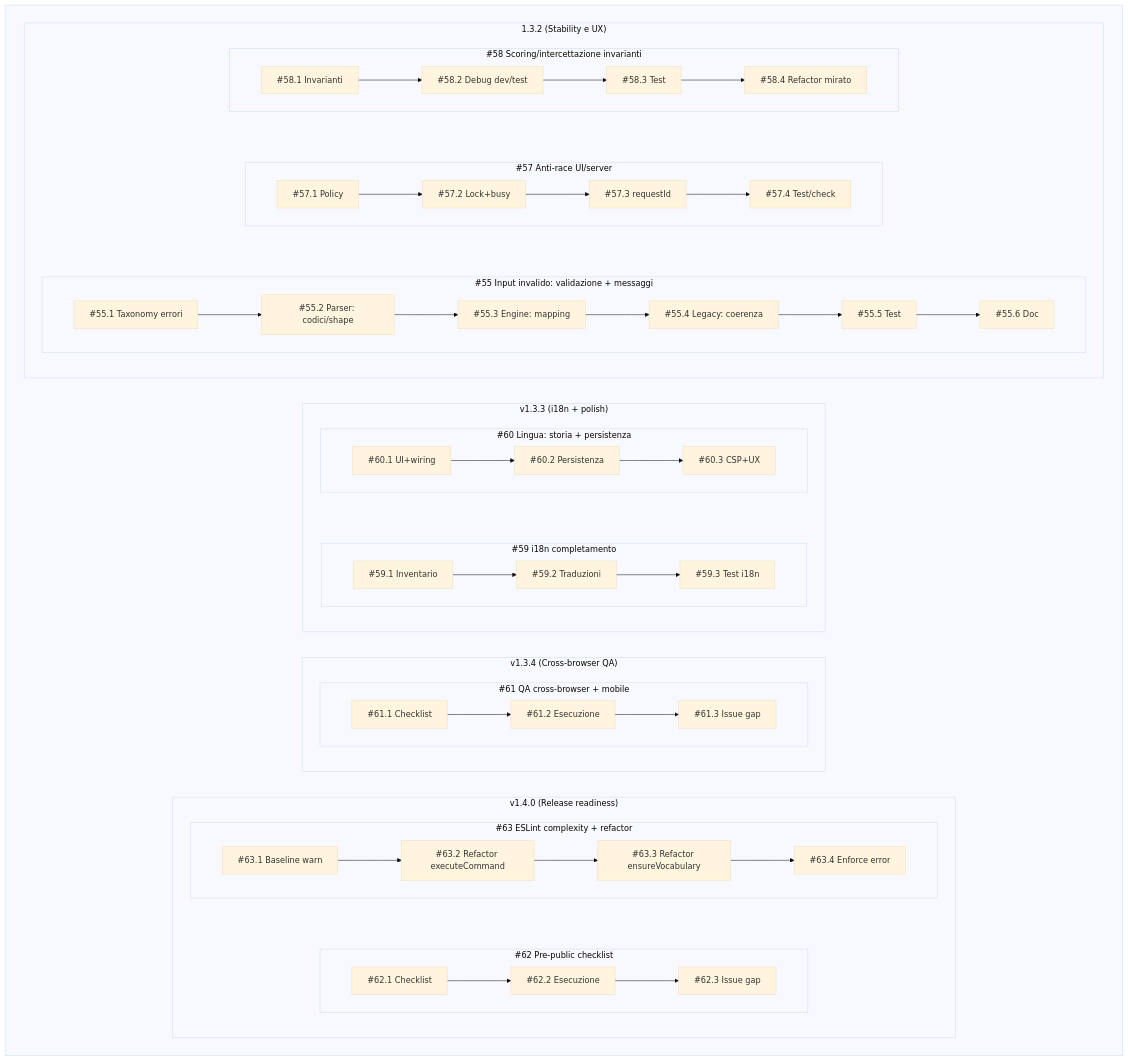
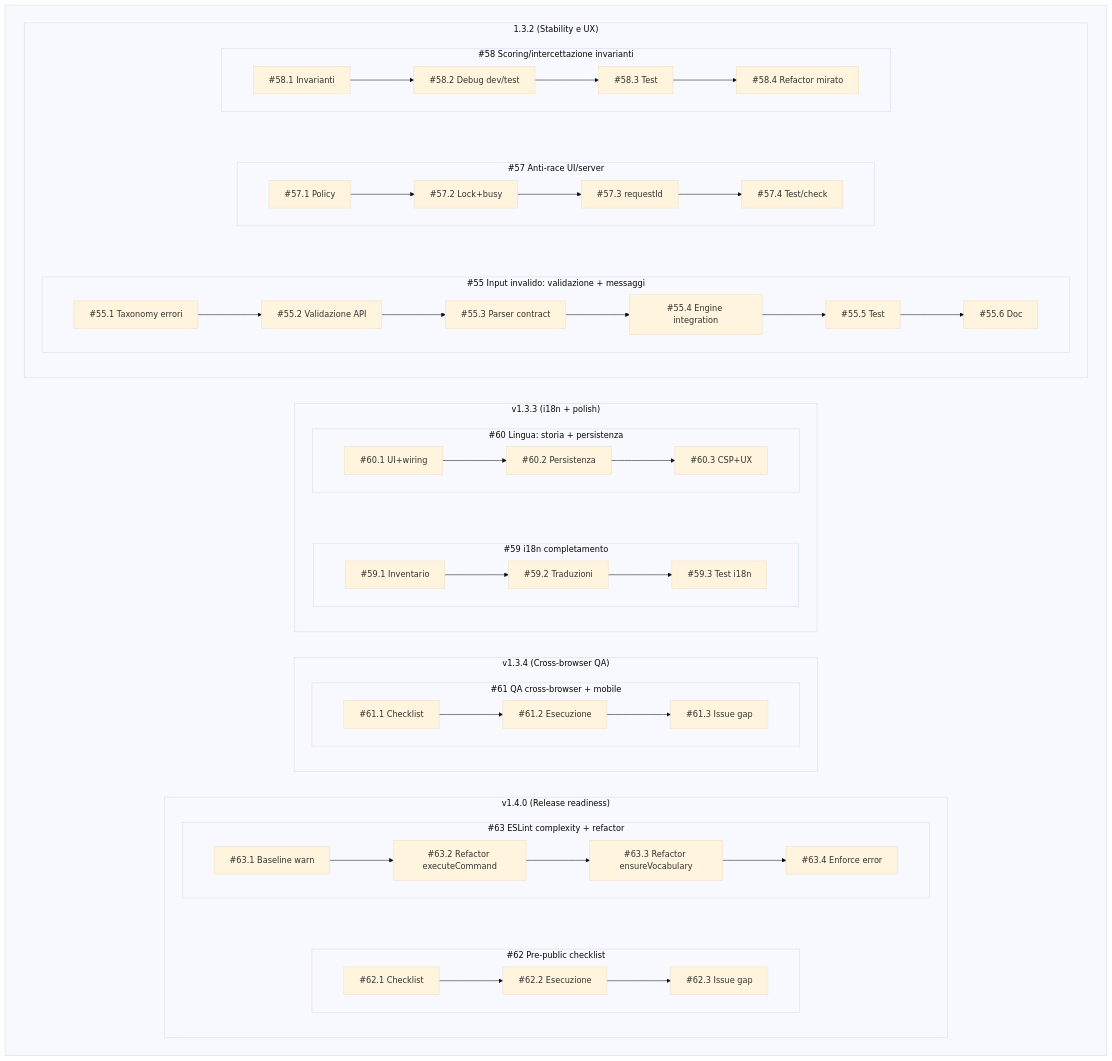
One commit to Aqualung61/MissioneOdessa changed the second of 2 diagrams in docs/20260113_nextsteps.md. Above: the diagram before and after it, drawn with Mermaid (base theme). The commit also changed other lines of this file and 1 other file, not shown here.

````diff
--- a/docs/20260113_nextsteps.md
+++ b/docs/20260113_nextsteps.md
@@ -105,68 +105,68 @@
 ```mermaid
 flowchart TB
 
   %% Nota: rappresentazione “sequenziale” degli sprint previsti per issue.
   %% Ogni catena indica l’ordine consigliato di esecuzione interno all’issue.
 
   %% Layout richiesto:
   %% - milestone allineate in alto, ordinate da sinistra a destra (decrescente)
   %% - dentro ogni milestone: issues dall’alto al basso (decrescente)
 
   subgraph PLAN[" "]
     direction LR
 
     subgraph M140S["v1.4.0 (Release readiness)"]
       direction TB
       subgraph I63S["#63 ESLint complexity + refactor"]
         direction LR
         S631["#63.1 Baseline warn"] --> S632["#63.2 Refactor executeCommand"] --> S633["#63.3 Refactor ensureVocabulary"] --> S634["#63.4 Enforce error"]
       end
       subgraph I62S["#62 Pre-public checklist"]
         direction LR
         S621["#62.1 Checklist"] --> S622["#62.2 Esecuzione"] --> S623["#62.3 Issue gap"]
       end
       %% Forza ordine verticale issue: 63 -> 62
       S631 ~~~ S621
     end
 
     subgraph M134S["v1.3.4 (Cross-browser QA)"]
       direction TB
       subgraph I61S["#61 QA cross-browser + mobile"]
         direction LR
         S611["#61.1 Checklist"] --> S612["#61.2 Esecuzione"] --> S613["#61.3 Issue gap"]
       end
     end
 
     subgraph M133S["v1.3.3 (i18n + polish)"]
       direction TB
       subgraph I60S["#60 Lingua: storia + persistenza"]
         direction LR
         S601["#60.1 UI+wiring"] --> S602["#60.2 Persistenza"] --> S603["#60.3 CSP+UX"]
       end
       subgraph I59S["#59 i18n completamento"]
         direction LR
         S591["#59.1 Inventario"] --> S592["#59.2 Traduzioni"] --> S593["#59.3 Test i18n"]
       end
       %% Forza ordine verticale issue: 60 -> 59
       S601 ~~~ S591
     end
 
     subgraph M132S["1.3.2 (Stability e UX)"]
       direction TB
       subgraph I58S["#58 Scoring/intercettazione invarianti"]
         direction LR
         S581["#58.1 Invarianti"] --> S582["#58.2 Debug dev/test"] --> S583["#58.3 Test"] --> S584["#58.4 Refactor mirato"]
       end
       subgraph I57S["#57 Anti-race UI/server"]
         direction LR
         S571["#57.1 Policy"] --> S572["#57.2 Lock+busy"] --> S573["#57.3 requestId"] --> S574["#57.4 Test/check"]
       end
       subgraph I55S["#55 Input invalido: validazione + messaggi"]
         direction LR
-        S551["#55.1 Taxonomy errori"] --> S552["#55.2 Parser: codici/shape"] --> S553["#55.3 Engine: mapping"] --> S554["#55.4 Legacy: coerenza"] --> S555["#55.5 Test"] --> S556["#55.6 Doc"]
+        S551["#55.1 Taxonomy errori"] --> S552["#55.2 Validazione API"] --> S553["#55.3 Parser contract"] --> S554["#55.4 Engine integration"] --> S555["#55.5 Test"] --> S556["#55.6 Doc"]
       end
       %% Forza ordine verticale issue: 58 -> 57 -> 55
       S581 ~~~ S571 ~~~ S551
     end
   end
 ```
````
